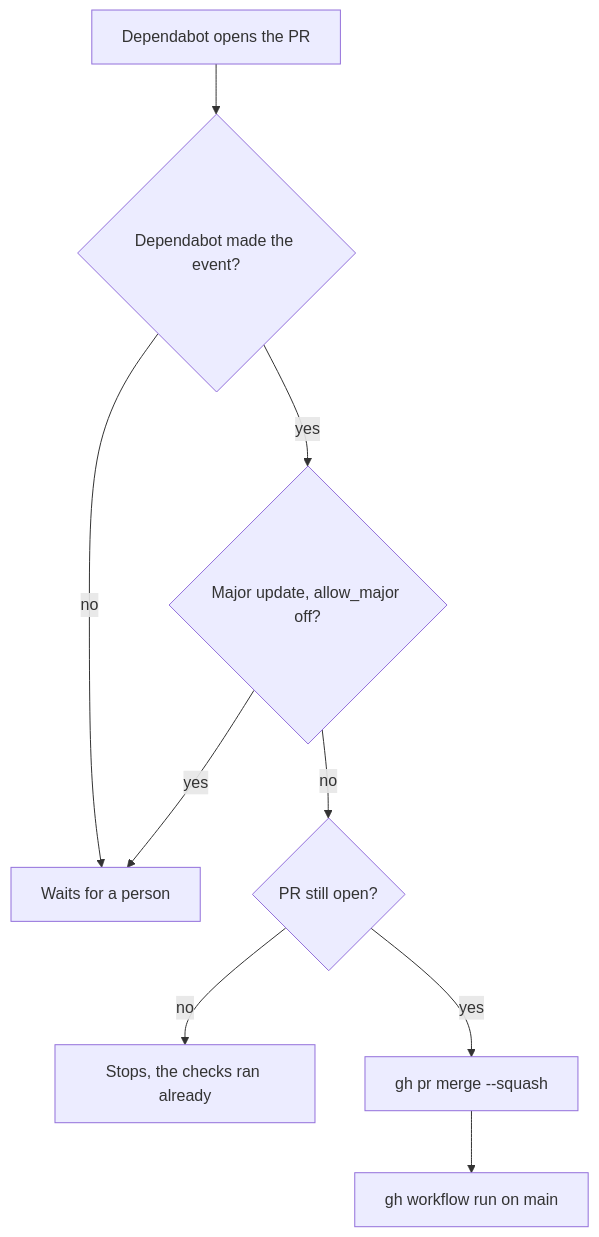
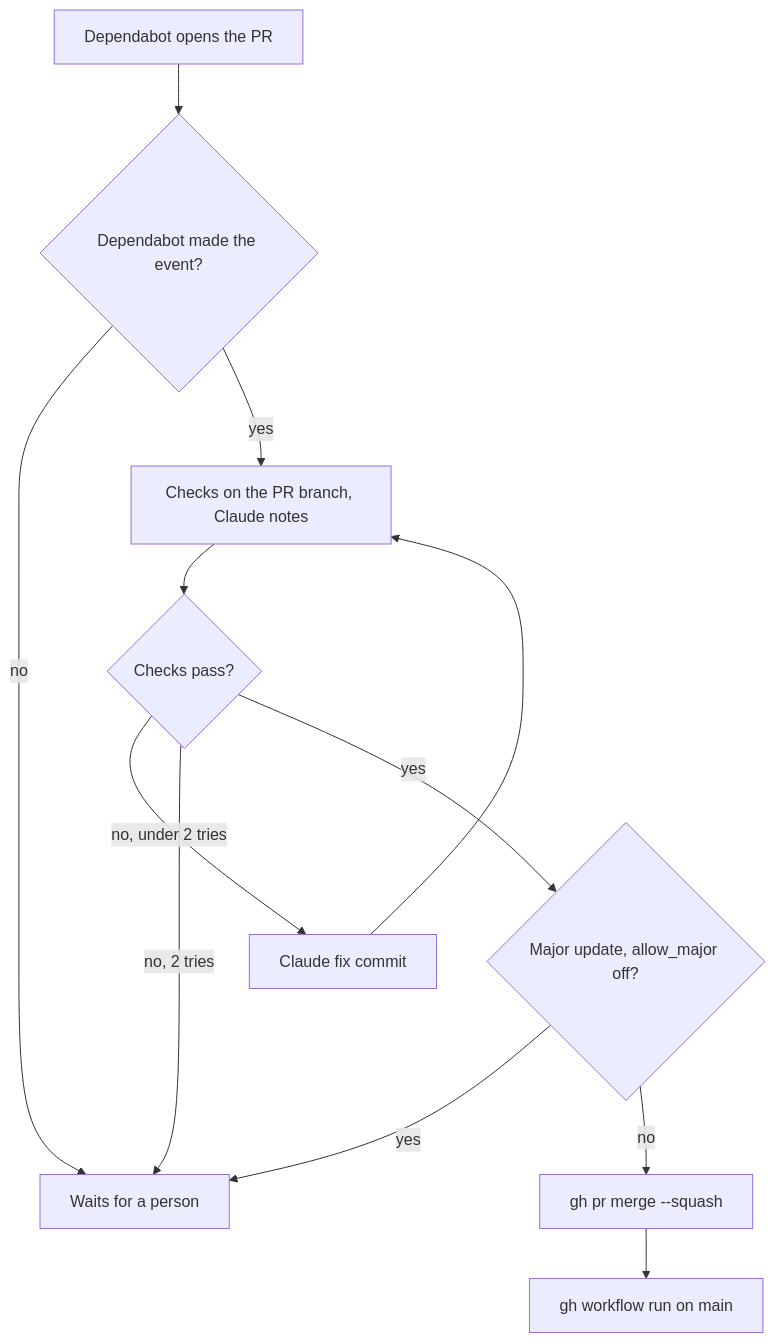
Before and after one commit to workbench-soft/ci: the third of 4 diagrams in docs/user-flows.md, drawn with Mermaid. The commit also changed other lines of this file and 6 other files, not shown here.

First line of the commit message:
feat: Dependabot PRs merge once their checks pass, Claude fixes red ones

````diff
--- a/docs/user-flows.md
+++ b/docs/user-flows.md
@@ -48,11 +49,13 @@
 ```mermaid
 flowchart TD
   open["Dependabot opens the PR"] --> guard{"Dependabot made the event?"}
   guard -->|no| wait["Waits for a person"]
-  guard -->|yes| major{"Major update, allow_major off?"}
+  guard -->|yes| test["Checks on the PR branch, Claude notes"]
+  test --> result{"Checks pass?"}
+  result -->|no, under 2 tries| fix["Claude fix commit"] --> test
+  result -->|no, 2 tries| wait
+  result -->|yes| major{"Major update, allow_major off?"}
   major -->|yes| wait
-  major -->|no| state{"PR still open?"}
-  state -->|no| stop["Stops, the checks ran already"]
-  state -->|yes| merge["gh pr merge --squash"]
+  major -->|no| merge["gh pr merge --squash"]
   merge --> run["gh workflow run on main"]
 ```
````
